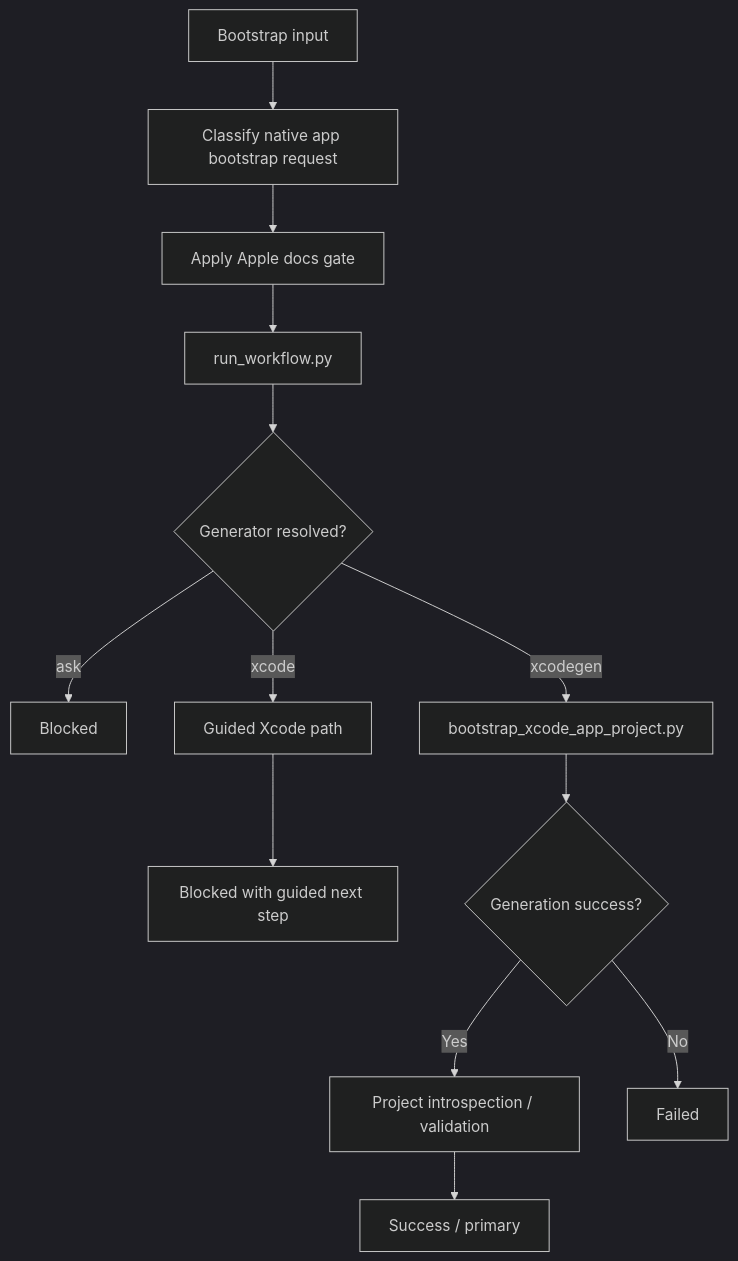
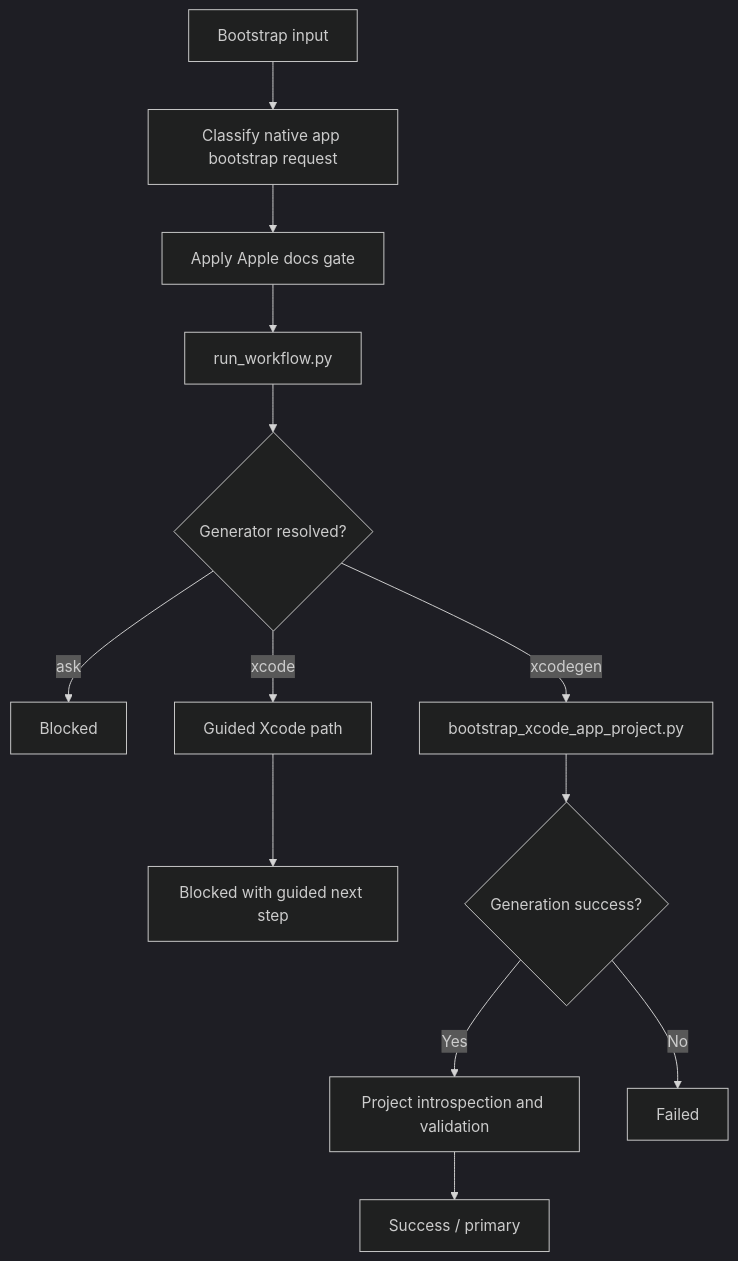
The fifth of 8 diagrams in docs/maintainers/workflow-atlas.md (gaelic-ghost/apple-dev-skills), drawn with Mermaid (dark theme) before and after one commit. The commit also changed other lines of this file and 43 other files, not shown here.

````diff
--- a/docs/maintainers/workflow-atlas.md
+++ b/docs/maintainers/workflow-atlas.md
@@ -311,15 +275,15 @@
 ```mermaid
 flowchart TD
     I["Bootstrap input"] --> C["Classify native app bootstrap request"]
     C --> DOCS["Apply Apple docs gate"]
     DOCS --> RW["run_workflow.py"]
     RW --> G{"Generator resolved?"}
     G -->|ask| BL1["Blocked"]
     G -->|xcode| GUIDED["Guided Xcode path"]
     G -->|xcodegen| GEN["bootstrap_xcode_app_project.py"]
     GUIDED --> BL2["Blocked with guided next step"]
     GEN --> OK{"Generation success?"}
-    OK -->|Yes| VALIDATE["Project introspection / validation"]
+    OK -->|Yes| VALIDATE["Project introspection and validation"]
     OK -->|No| FAIL["Failed"]
     VALIDATE --> OUT["Success / primary"]
 ```
````
